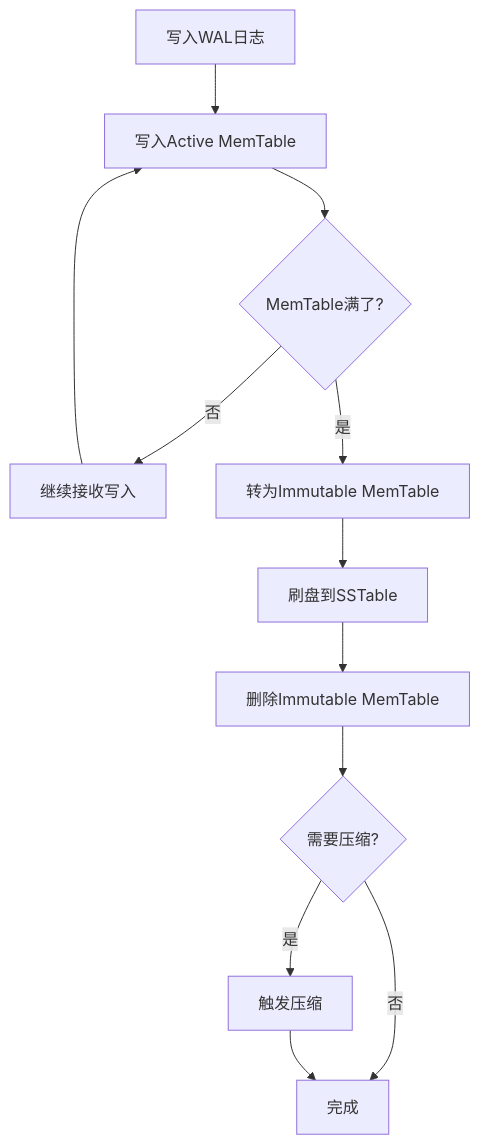
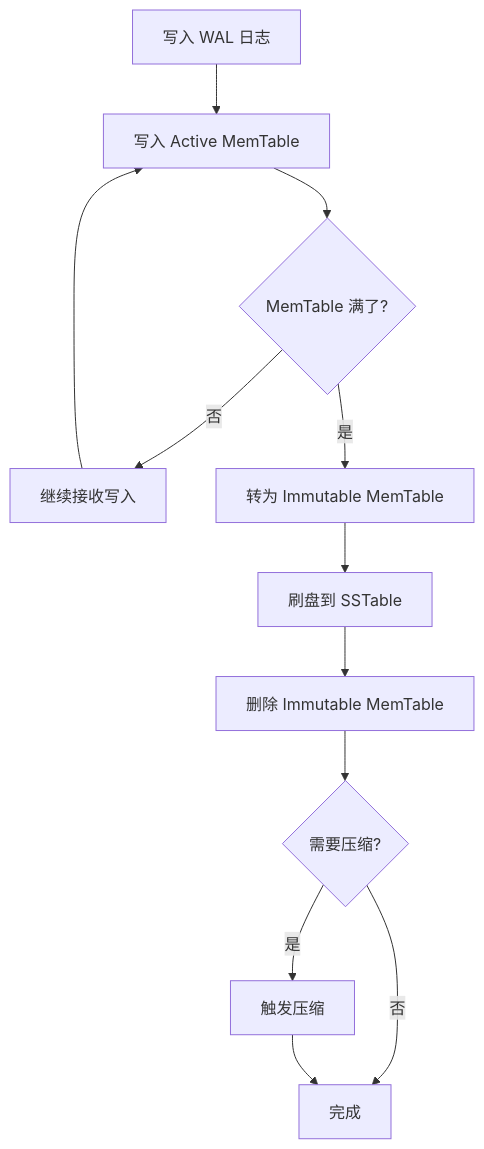
The second of 3 diagrams in tutorials/01-lsm-tree-overview.md (ForceInjection/java-lsm-tree), drawn with Mermaid before and after one commit. The commit also changed other lines of this file and 33 other files, not shown here.

````diff
--- a/tutorials/01-lsm-tree-overview.md
+++ b/tutorials/01-lsm-tree-overview.md
@@ -134,14 +155,14 @@
 ```mermaid
 graph TD
-    A[写入WAL日志] --> B[写入Active MemTable]
-    B --> C{MemTable满了?}
+    A[写入 WAL 日志] --> B[写入 Active MemTable]
+    B --> C{MemTable 满了?}
     C -->|否| D[继续接收写入]
-    C -->|是| E[转为Immutable MemTable]
-    E --> F[刷盘到SSTable]
-    F --> G[删除Immutable MemTable]
+    C -->|是| E[转为 Immutable MemTable]
+    E --> F[刷盘到 SSTable]
+    F --> G[删除 Immutable MemTable]
     G --> H{需要压缩?}
     H -->|是| I[触发压缩]
     H -->|否| J[完成]
     I --> J
     D --> B
 ```
````
